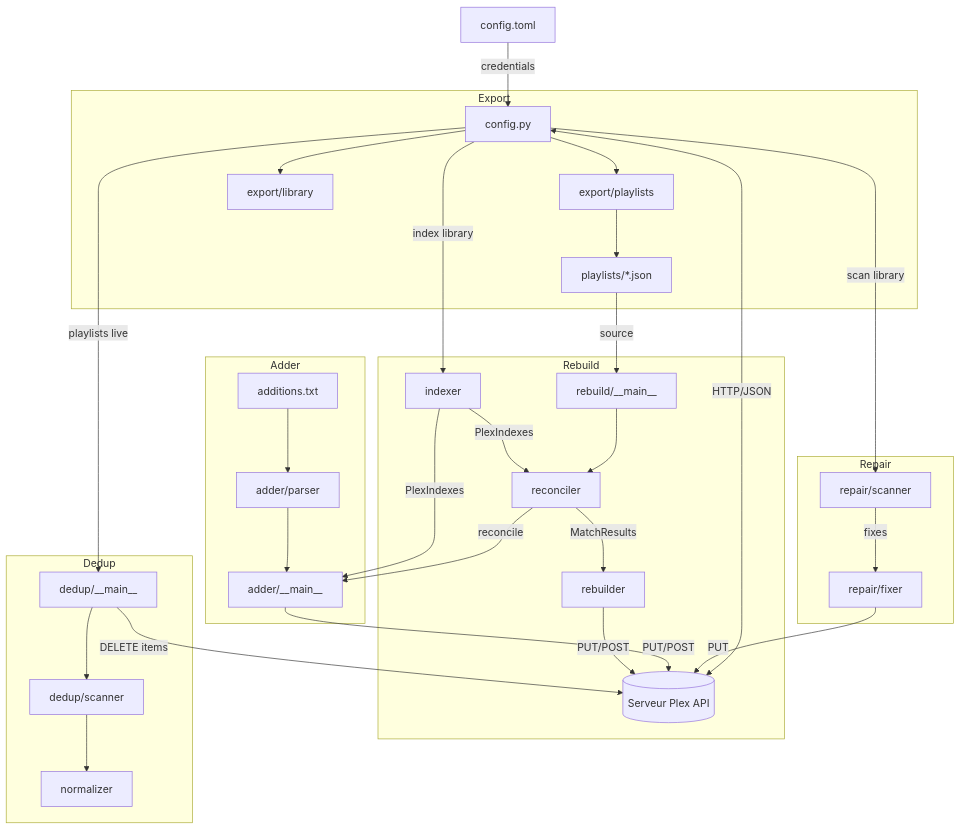
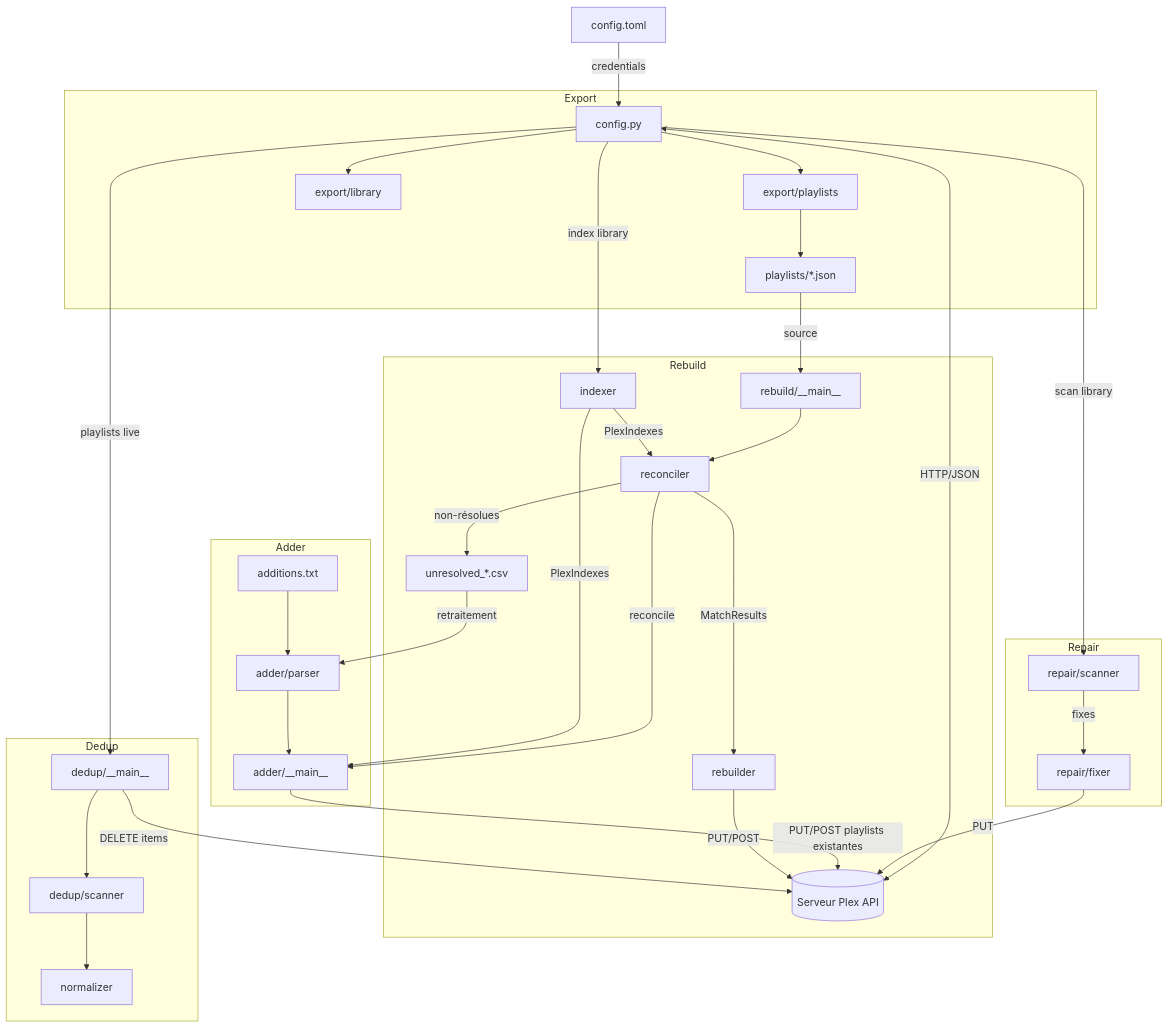
The diagram in docs/architecture.md (jbo-tech/plex-tools), drawn with Mermaid before and after one commit. The commit also changed other lines of this file and 6 other files, not shown here.

First line of the commit message:
docs: document adder CSV reprocessing and create guard

````diff
--- a/docs/architecture.md
+++ b/docs/architecture.md
@@ -46,41 +47,43 @@
 ```mermaid
 graph TD
     CONFIG[config.toml] -->|credentials| SHARED[config.py]
     PLEX[(Serveur Plex API)] <-->|HTTP/JSON| SHARED
 
     subgraph Export
         SHARED --> EXP_PL[export/playlists]
         SHARED --> EXP_LIB[export/library]
         EXP_PL --> JSON_PL[playlists/*.json]
     end
 
     subgraph Rebuild
         JSON_PL -->|source| REBUILD[rebuild/__main__]
         SHARED -->|index library| INDEXER[indexer]
         INDEXER -->|PlexIndexes| RECONCILER[reconciler]
         REBUILD --> RECONCILER
         RECONCILER -->|MatchResults| REBUILDER[rebuilder]
         REBUILDER -->|PUT/POST| PLEX
+        RECONCILER -->|non-résolues| CSV[unresolved_*.csv]
     end
 
     subgraph Dedup
         SHARED -->|playlists live| DEDUP[dedup/__main__]
         DEDUP --> SCANNER[dedup/scanner]
         SCANNER --> NORMALIZER[normalizer]
         DEDUP -->|DELETE items| PLEX
     end
 
     subgraph Adder
         TXT[additions.txt] --> PARSER[adder/parser]
+        CSV -->|retraitement| PARSER
         PARSER --> ADDER[adder/__main__]
         INDEXER -->|PlexIndexes| ADDER
         RECONCILER -->|reconcile| ADDER
-        ADDER -->|PUT/POST| PLEX
+        ADDER -->|PUT/POST playlists existantes| PLEX
     end
 
     subgraph Repair
         SHARED -->|scan library| REPAIR[repair/scanner]
         REPAIR -->|fixes| FIXER[repair/fixer]
         FIXER -->|PUT| PLEX
     end
 ```
````
